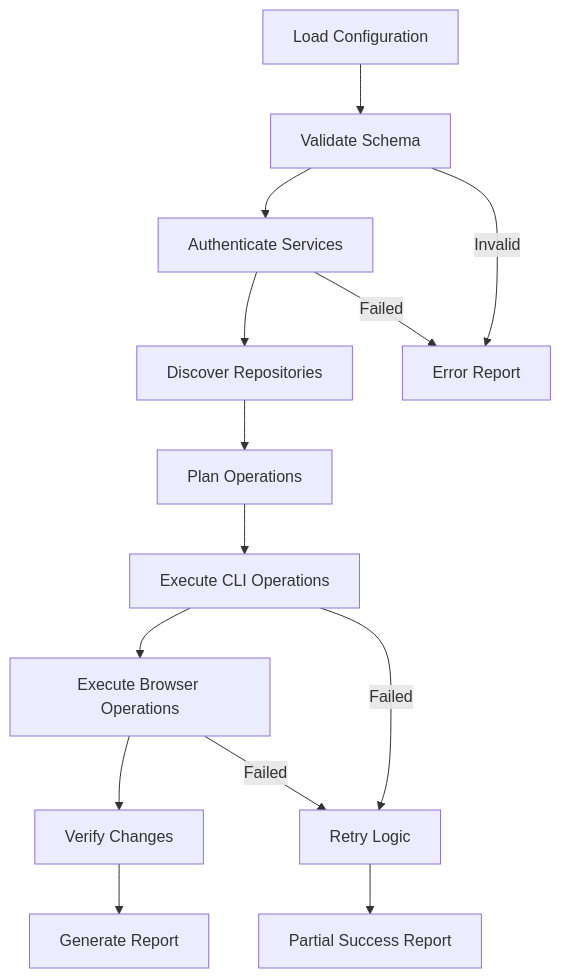
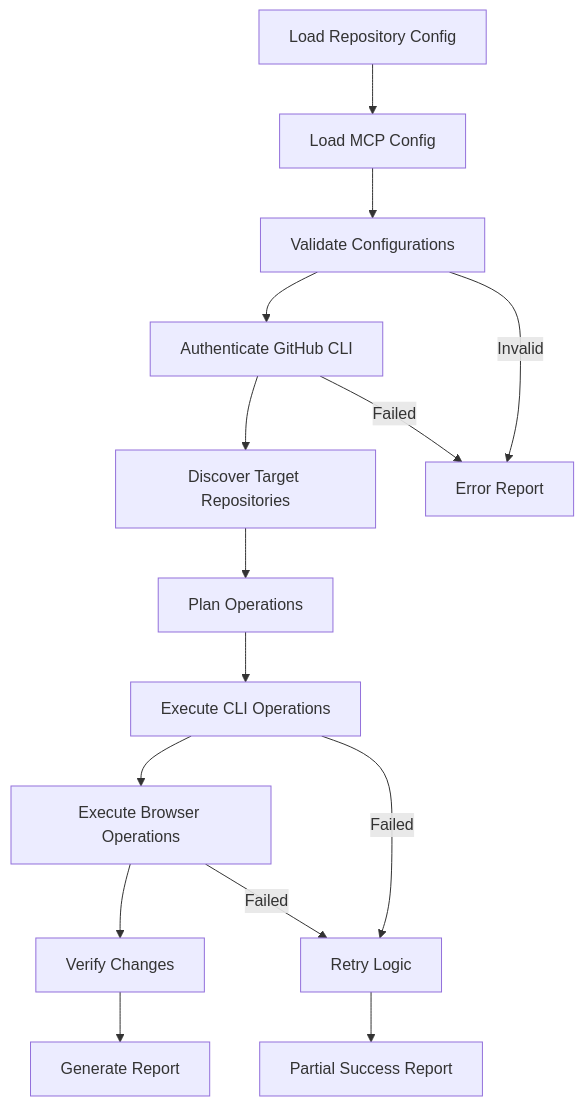
Before and after one commit to raymondlowe/bulk-github-copilot-agent-config: the diagram in SPECIFICATION.md, drawn with Mermaid. The commit also changed other lines of this file and 10 other files, not shown here.

Commit message:
Update documentation to focus on personal GitHub accounts and separate configuration files

````diff
--- a/SPECIFICATION.md
+++ b/SPECIFICATION.md
@@ -160,17 +207,18 @@
 ```mermaid
 graph TD
-    A[Load Configuration] --> B[Validate Schema]
-    B --> C[Authenticate Services]
-    C --> D[Discover Repositories]
-    D --> E[Plan Operations]
-    E --> F[Execute CLI Operations]
-    F --> G[Execute Browser Operations]
-    G --> H[Verify Changes]
-    H --> I[Generate Report]
+    A[Load Repository Config] --> B[Load MCP Config]
+    B --> C[Validate Configurations]
+    C --> D[Authenticate GitHub CLI]
+    D --> E[Discover Target Repositories]
+    E --> F[Plan Operations]
+    F --> G[Execute CLI Operations]
+    G --> H[Execute Browser Operations]
+    H --> I[Verify Changes]
+    I --> J[Generate Report]
     
-    B -->|Invalid| J[Error Report]
-    C -->|Failed| J
-    F -->|Failed| K[Retry Logic]
-    G -->|Failed| K
-    K --> L[Partial Success Report]
+    C -->|Invalid| K[Error Report]
+    D -->|Failed| K
+    G -->|Failed| L[Retry Logic]
+    H -->|Failed| L
+    L --> M[Partial Success Report]
 ```
````
